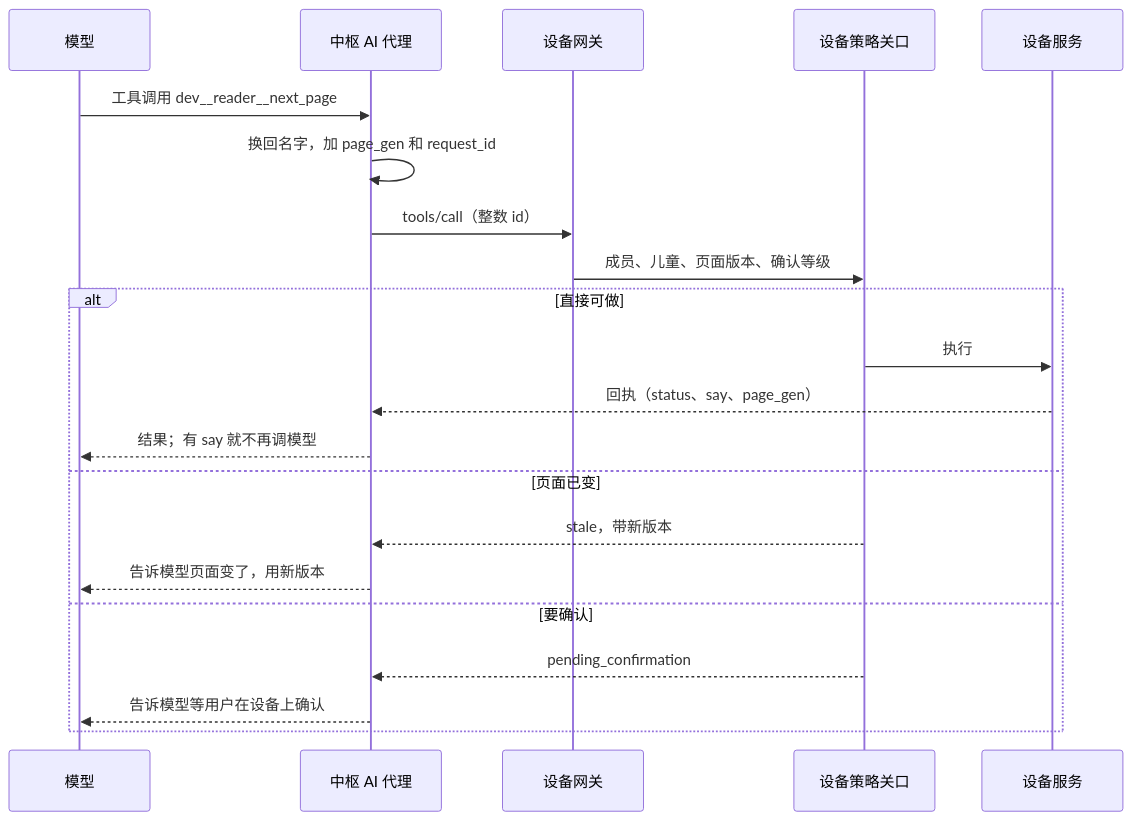
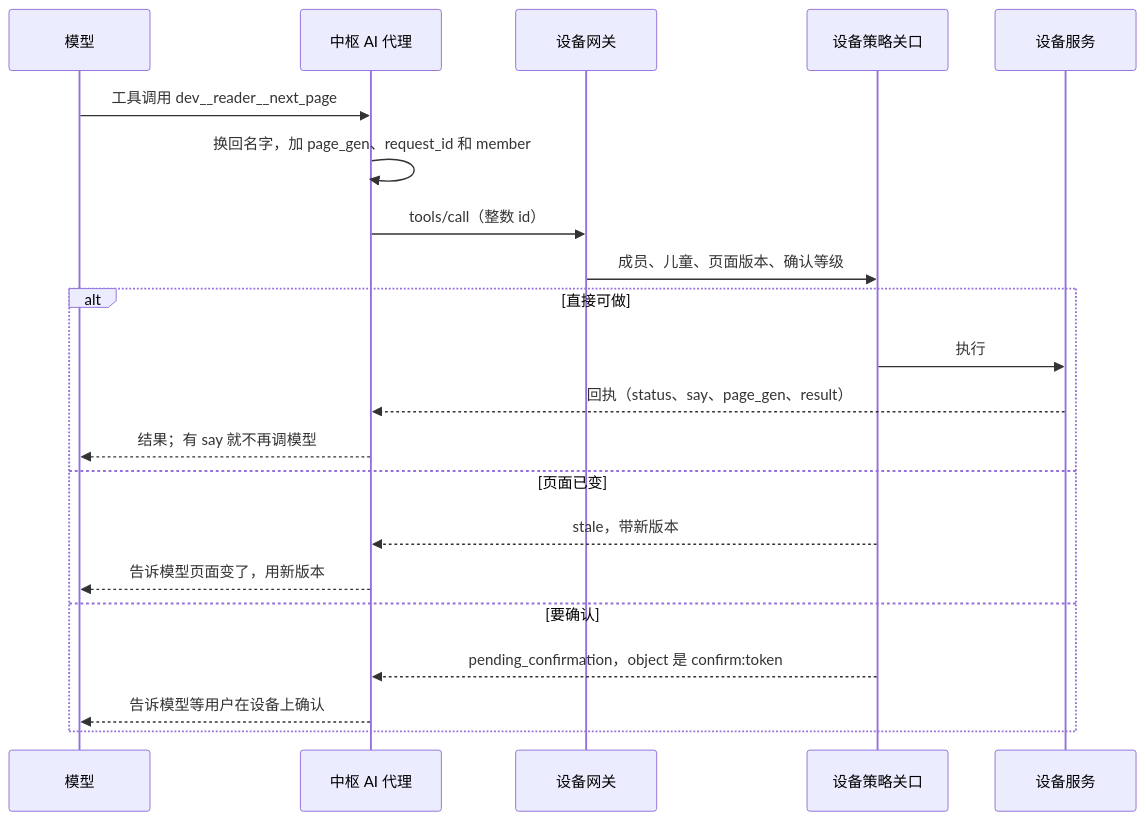
One commit to Gidean-zcx/ink changed diagram 15 of 16 in docs/hub/hub-architecture.md. Above: the diagram before and after it, drawn with Mermaid. The commit also changed other lines of this file and 16 other files, not shown here.

````diff
--- a/docs/hub/hub-architecture.md
+++ b/docs/hub/hub-architecture.md
@@ -1059,23 +1194,23 @@
 ```mermaid
 sequenceDiagram
   participant L as 模型
   participant AG as 中枢 AI 代理
   participant G as 设备网关
   participant P as 设备策略关口
   participant S as 设备服务
   L->>AG: 工具调用 dev__reader__next_page
-  AG->>AG: 换回名字，加 page_gen 和 request_id
+  AG->>AG: 换回名字，加 page_gen、request_id 和 member
   AG->>G: tools/call（整数 id）
   G->>P: 成员、儿童、页面版本、确认等级
   alt 直接可做
     P->>S: 执行
-    S-->>AG: 回执（status、say、page_gen）
+    S-->>AG: 回执（status、say、page_gen、result）
     AG-->>L: 结果；有 say 就不再调模型
   else 页面已变
     P-->>AG: stale，带新版本
     AG-->>L: 告诉模型页面变了，用新版本
   else 要确认
-    P-->>AG: pending_confirmation
+    P-->>AG: pending_confirmation，object 是 confirm:token
     AG-->>L: 告诉模型等用户在设备上确认
   end
 ```
````
